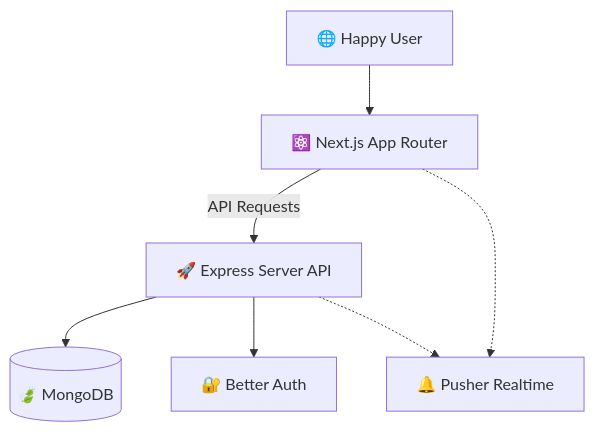
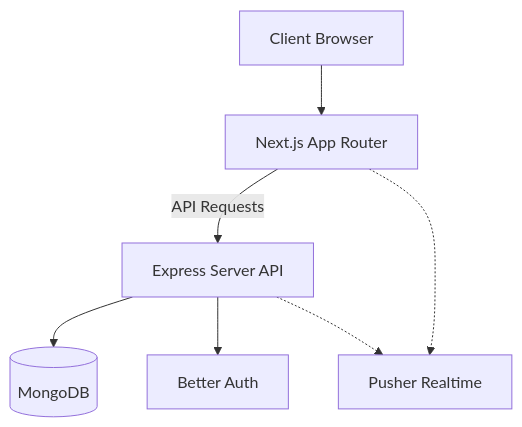
The diagram in README.md (Md-Nur-A-Alam/ServiceHub-client), drawn with Mermaid before and after one commit.

Commit message:
Update architecture visualization in README

````diff
--- a/README.md
+++ b/README.md
@@ -135,9 +135,9 @@
 ```mermaid
 flowchart TD
-    Browser[🌐 Happy User] --> Next[⚛️ Next.js App Router]
-    Next -->|API Requests| Express[🚀 Express Server API]
-    Express --> MongoDB[(🍃 MongoDB)]
-    Express --> BetterAuth[🔐 Better Auth]
-    Express -.-> Pusher[🔔 Pusher Realtime]
+    Browser["Client Browser"] --> Next["Next.js App Router"]
+    Next -->|"API Requests"| Express["Express Server API"]
+    Express --> MongoDB[("MongoDB")]
+    Express --> BetterAuth["Better Auth"]
+    Express -.-> Pusher["Pusher Realtime"]
     Next -.-> Pusher
 ```
````
